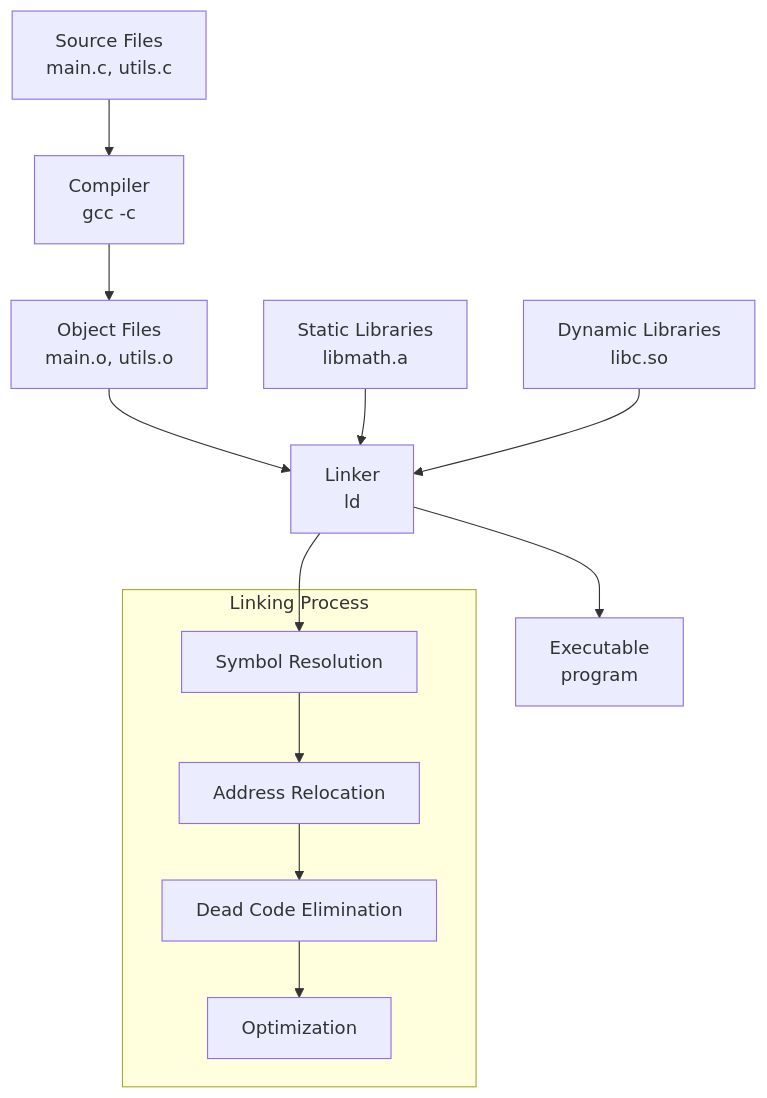
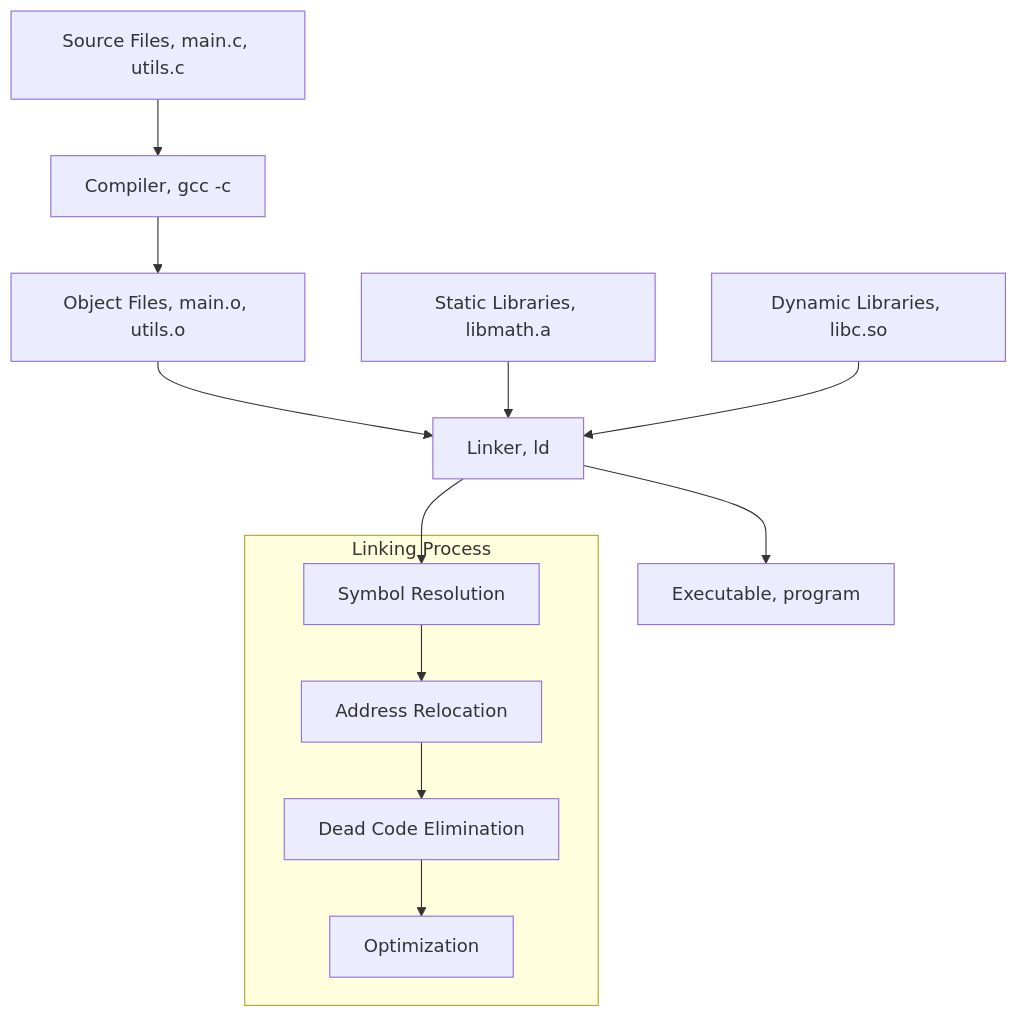
Before and after one commit to choru-k/choru-wiki: the diagram in docs/cs/compilation/linker.md, drawn with Mermaid. The commit also changed other lines of this file and 5 other files, not shown here.

````diff
--- a/docs/cs/compilation/linker.md
+++ b/docs/cs/compilation/linker.md
@@ -25,21 +25,21 @@
 ```mermaid
 graph TB
-    A[Source Files<br/>main.c, utils.c] --> B[Compiler<br/>gcc -c]
-    B --> C[Object Files<br/>main.o, utils.o]
-    C --> D[Linker<br/>ld]
-    E[Static Libraries<br/>libmath.a] --> D
-    F[Dynamic Libraries<br/>libc.so] --> D
-    D --> G[Executable<br/>program]
+    A[Source Files, main.c, utils.c] --> B[Compiler, gcc -c]
+    B --> C[Object Files, main.o, utils.o]
+    C --> D[Linker, ld]
+    E[Static Libraries, libmath.a] --> D
+    F[Dynamic Libraries, libc.so] --> D
+    D --> G[Executable, program]
     
     subgraph "Linking Process"
         H[Symbol Resolution]
         I[Address Relocation]  
         J[Dead Code Elimination]
         K[Optimization]
     end
     
     D --> H
     H --> I
     I --> J
     J --> K
 ```
````
